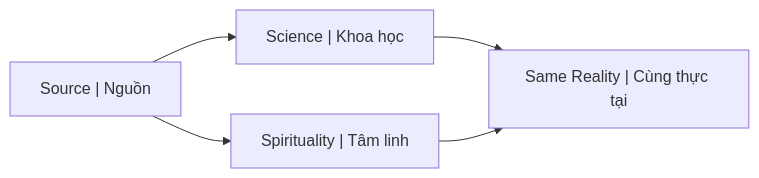
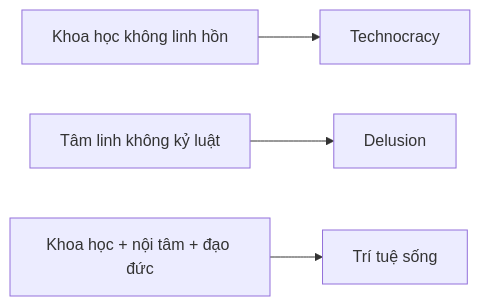
Before and after one commit to dyukahi/knowledge: the second of 2 diagrams in mental-models/Sự Thật Ẩn Sau Con Người Bạn.md, drawn with Mermaid. The commit also changed other lines of this file and 6 other files, not shown here.

````diff
--- a/mental-models/Sự Thật Ẩn Sau Con Người Bạn.md
+++ b/mental-models/Sự Thật Ẩn Sau Con Người Bạn.md
@@ -90,10 +107,6 @@
 ```mermaid
 flowchart LR
-    S["Source | Nguồn"]
-    
-    S --> SC["Science | Khoa học"]
-    S --> SP["Spirituality | Tâm linh"]
-    
-    SC --> R["Same Reality | Cùng thực tại"]
-    SP --> R
+    A["Khoa học không linh hồn"] --> C["Technocracy"]
+    B["Tâm linh không kỷ luật"] --> D["Delusion"]
+    E["Khoa học + nội tâm + đạo đức"] --> F["Trí tuệ sống"]
 ```
````
